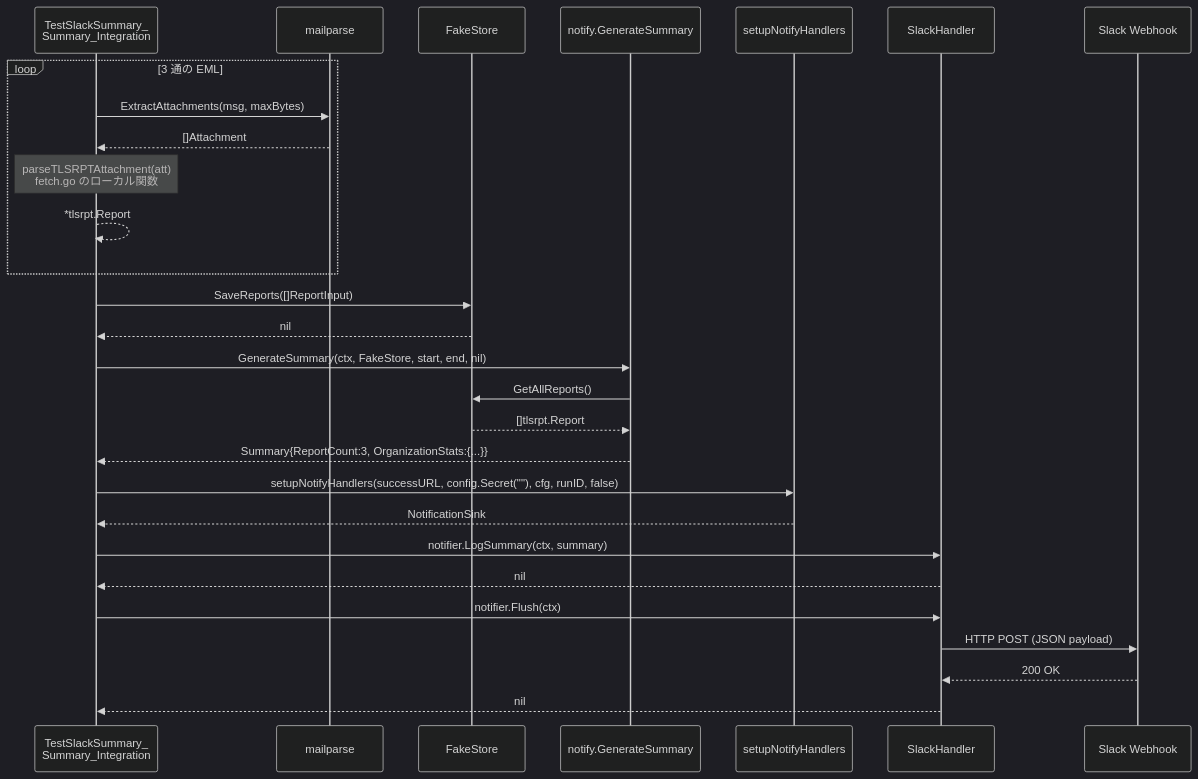
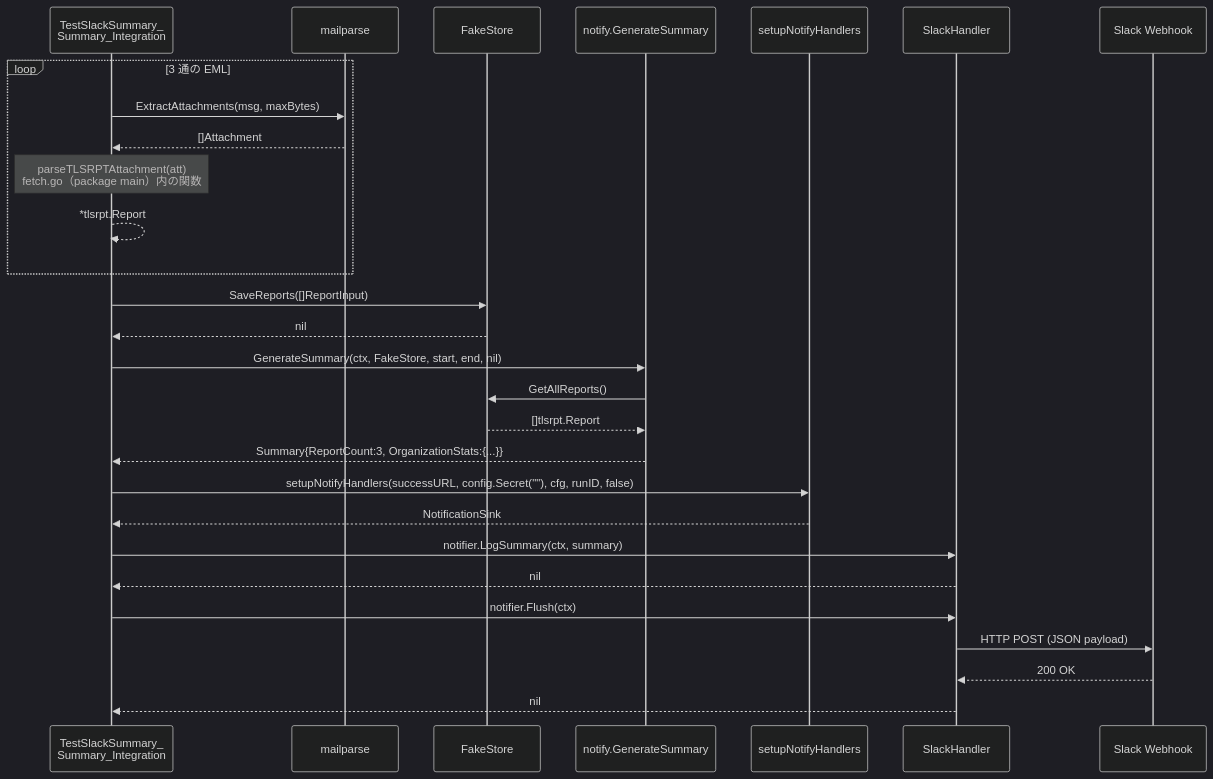
Before and after one commit to isseis/tlsrpt-digest: the third of 6 diagrams in docs/tasks/0102_slack_summary_integration/02_architecture.md, drawn with Mermaid (dark theme). The commit also changed other lines of this file, not shown here.

Commit message:
docs(0102): fix misleading wording and broken link in architecture doc
- Reword "fetch.go のローカル関数" → "fetch.go（package main）内の関数"
  to avoid implying closure scope
- Fix relative link to notification_security.md: ../dev/ → ../../dev/

````diff
--- a/docs/tasks/0102_slack_summary_integration/02_architecture.md
+++ b/docs/tasks/0102_slack_summary_integration/02_architecture.md
@@ -94,35 +94,35 @@
 ```mermaid
 sequenceDiagram
     participant Test as TestSlackSummary_<br>Summary_Integration
     participant MP as mailparse
     participant FS as FakeStore
     participant GS as notify.GenerateSummary
     participant NH as setupNotifyHandlers
     participant SH as SlackHandler
     participant Slack as Slack Webhook
 
     loop 3 通の EML
         Test->>MP: ExtractAttachments(msg, maxBytes)
         MP-->>Test: []Attachment
-        Note over Test: parseTLSRPTAttachment(att)<br>fetch.go のローカル関数
+        Note over Test: parseTLSRPTAttachment(att)<br>fetch.go（package main）内の関数
         Test-->>Test: *tlsrpt.Report
     end
 
     Test->>FS: SaveReports([]ReportInput)
     FS-->>Test: nil
 
     Test->>GS: GenerateSummary(ctx, FakeStore, start, end, nil)
     GS->>FS: GetAllReports()
     FS-->>GS: []tlsrpt.Report
     GS-->>Test: Summary{ReportCount:3, OrganizationStats:{...}}
 
     Test->>NH: setupNotifyHandlers(successURL, config.Secret(""), cfg, runID, false)
     NH-->>Test: NotificationSink
 
     Test->>SH: notifier.LogSummary(ctx, summary)
     SH-->>Test: nil
     Test->>SH: notifier.Flush(ctx)
     SH->>Slack: HTTP POST (JSON payload)
     Slack-->>SH: 200 OK
     SH-->>Test: nil
 ```
````
